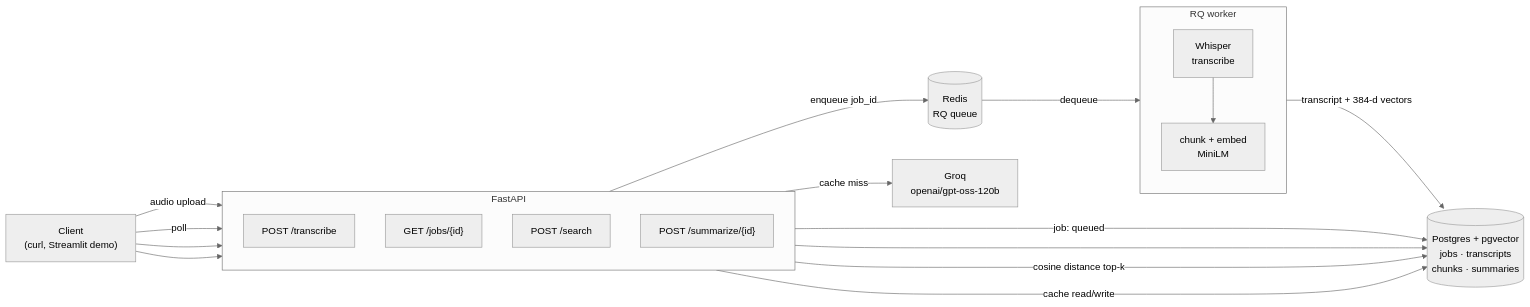
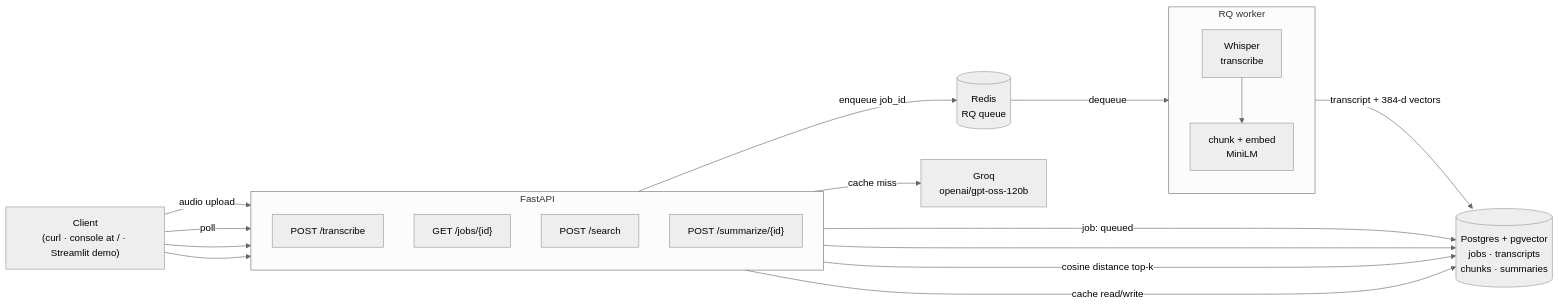
Before and after one commit to AndreaAresu/asr-pipeline: the diagram in README.md, drawn with Mermaid (neutral theme). The commit also changed other lines of this file, not shown here.

````diff
--- a/README.md
+++ b/README.md
@@ -45,37 +77,37 @@
 ```mermaid
 flowchart LR
-    Client["Client<br/>(curl, Streamlit demo)"]
+    Client["Client<br/>(curl · console at / · Streamlit demo)"]
 
     subgraph API["FastAPI"]
         direction TB
         T["POST /transcribe"]
         J["GET /jobs/{id}"]
         S["POST /search"]
         Z["POST /summarize/{id}"]
     end
 
     Redis[("Redis<br/>RQ queue")]
 
     subgraph Worker["RQ worker"]
         direction TB
         W1["Whisper<br/>transcribe"]
         W2["chunk + embed<br/>MiniLM"]
     end
 
     PG[("Postgres + pgvector<br/>jobs · transcripts<br/>chunks · summaries")]
     Groq["Groq<br/>openai/gpt-oss-120b"]
 
     Client -->|"audio upload"| T
     T -->|"enqueue job_id"| Redis
     T -->|"job: queued"| PG
     Redis -->|"dequeue"| W1
     W1 --> W2
     W2 -->|"transcript + 384-d vectors"| PG
     Client -->|"poll"| J
     J --> PG
     Client --> S
     S -->|"cosine distance top-k"| PG
     Client --> Z
     Z -->|"cache miss"| Groq
     Z -->|"cache read/write"| PG
 ```
````
